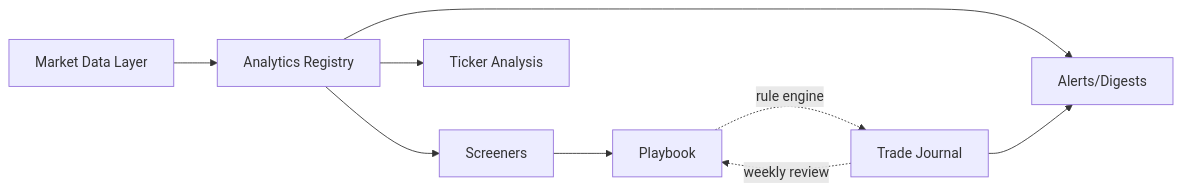
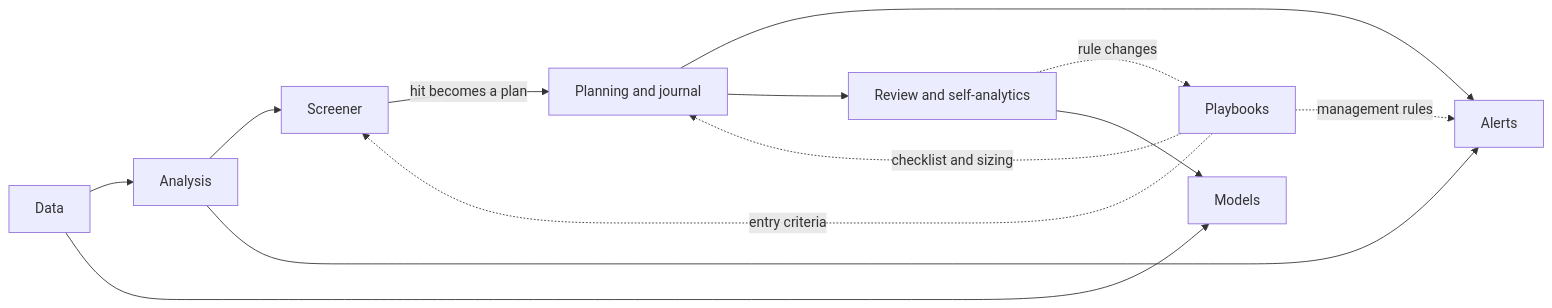
One commit to Wolfyre243/chrysos changed the diagram in docs/features.md. Above: the diagram before and after it, drawn with Mermaid. The commit also changed other lines of this file and 2 other files, not shown here.

````diff
--- a/docs/features.md
+++ b/docs/features.md
@@ -46,20 +19,15 @@
 ```mermaid
 flowchart LR
-
-A[Market Data Layer]
-B[Analytics Registry]
-C[Screeners]
-D[Ticker Analysis]
-E[Alerts/Digests]
-F[Playbook]
-G[Trade Journal]
-
-A --> B
-B --> C
-B --> D
-B --> E
-C --> F
-F -. rule engine .-> G
-G --> E
-G -. weekly review .-> F
+  DATA[Data] --> AN[Analysis]
+  AN --> SCR[Screener]
+  PB[Playbooks] -. entry criteria .-> SCR
+  SCR -- hit becomes a plan --> JRN[Planning and journal]
+  PB -. checklist and sizing .-> JRN
+  PB -. management rules .-> ALR[Alerts]
+  AN --> ALR
+  JRN --> ALR
+  JRN --> REV[Review and self-analytics]
+  REV -. rule changes .-> PB
+  DATA --> ML[Models]
+  REV --> ML
 ```
````
